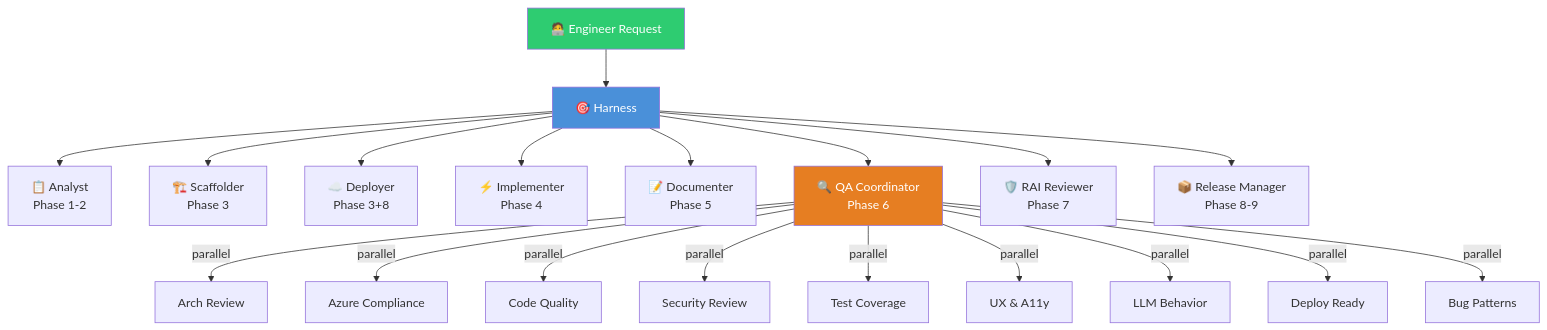
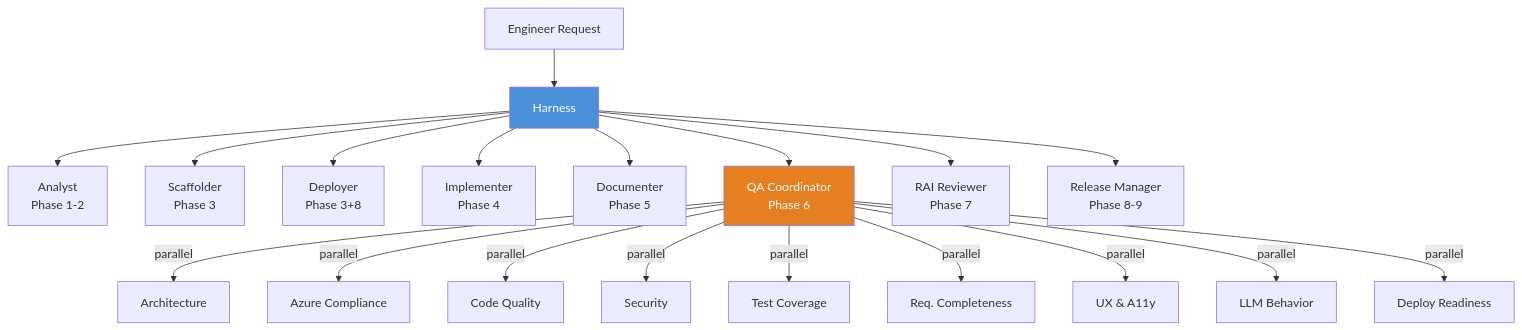
Before and after one commit to Dongbumlee/sdlc-harness: the diagram in README.md, drawn with Mermaid. The commit also changed other lines of this file and 12 other files, not shown here.

````diff
--- a/README.md
+++ b/README.md
@@ -223,27 +81,26 @@
- ```mermaid
- flowchart TD
-     Request["🧑‍💻 Engineer Request"] --> Coordinator["🎯 Harness"]
+```mermaid
+flowchart TD
+    Request["Engineer Request"] --> H["Harness"]
 
-     Coordinator --> Analyst["📋 Analyst<br/>Phase 1-2"]
-     Coordinator --> Scaffolder["🏗️ Scaffolder<br/>Phase 3"]
-     Coordinator --> Deployer["☁️ Deployer<br/>Phase 3+8"]
-     Coordinator --> Implementer["⚡ Implementer<br/>Phase 4"]
-     Coordinator --> Documenter["📝 Documenter<br/>Phase 5"]
-     Coordinator --> QA["🔍 QA Coordinator<br/>Phase 6"]
-     Coordinator --> RAI["🛡️ RAI Reviewer<br/>Phase 7"]
-     Coordinator --> Release["📦 Release Manager<br/>Phase 8-9"]
+    H --> A["Analyst<br/>Phase 1-2"]
+    H --> S["Scaffolder<br/>Phase 3"]
+    H --> Dep["Deployer<br/>Phase 3+8"]
+    H --> I["Implementer<br/>Phase 4"]
+    H --> Doc["Documenter<br/>Phase 5"]
+    H --> QA["QA Coordinator<br/>Phase 6"]
+    H --> RAI["RAI Reviewer<br/>Phase 7"]
+    H --> R["Release Manager<br/>Phase 8-9"]
 
-     QA -->|parallel| AR["Arch Review"]
-     QA -->|parallel| AZ["Azure Compliance"]
-     QA -->|parallel| CQ["Code Quality"]
-     QA -->|parallel| SR["Security Review"]
-     QA -->|parallel| TC["Test Coverage"]
-     QA -->|parallel| UX["UX & A11y"]
-     QA -->|parallel| LLM["LLM Behavior"]
-     QA -->|parallel| DR["Deploy Ready"]
-     QA -->|parallel| BUG["Bug Patterns"]
+    QA -->|parallel| R1["Architecture"]
+    QA -->|parallel| R2["Azure Compliance"]
+    QA -->|parallel| R3["Code Quality"]
+    QA -->|parallel| R4["Security"]
+    QA -->|parallel| R5["Test Coverage"]
+    QA -->|parallel| R6["Req. Completeness"]
+    QA -->|parallel| R7["UX & A11y"]
+    QA -->|parallel| R8["LLM Behavior"]
+    QA -->|parallel| R9["Deploy Readiness"]
 
-     style Coordinator fill:#4A90D9,color:#fff
-     style QA fill:#E67E22,color:#fff
-     style Request fill:#2ECC71,color:#fff
- ```
+    style H fill:#4A90D9,color:#fff
+    style QA fill:#E67E22,color:#fff
+```
````
